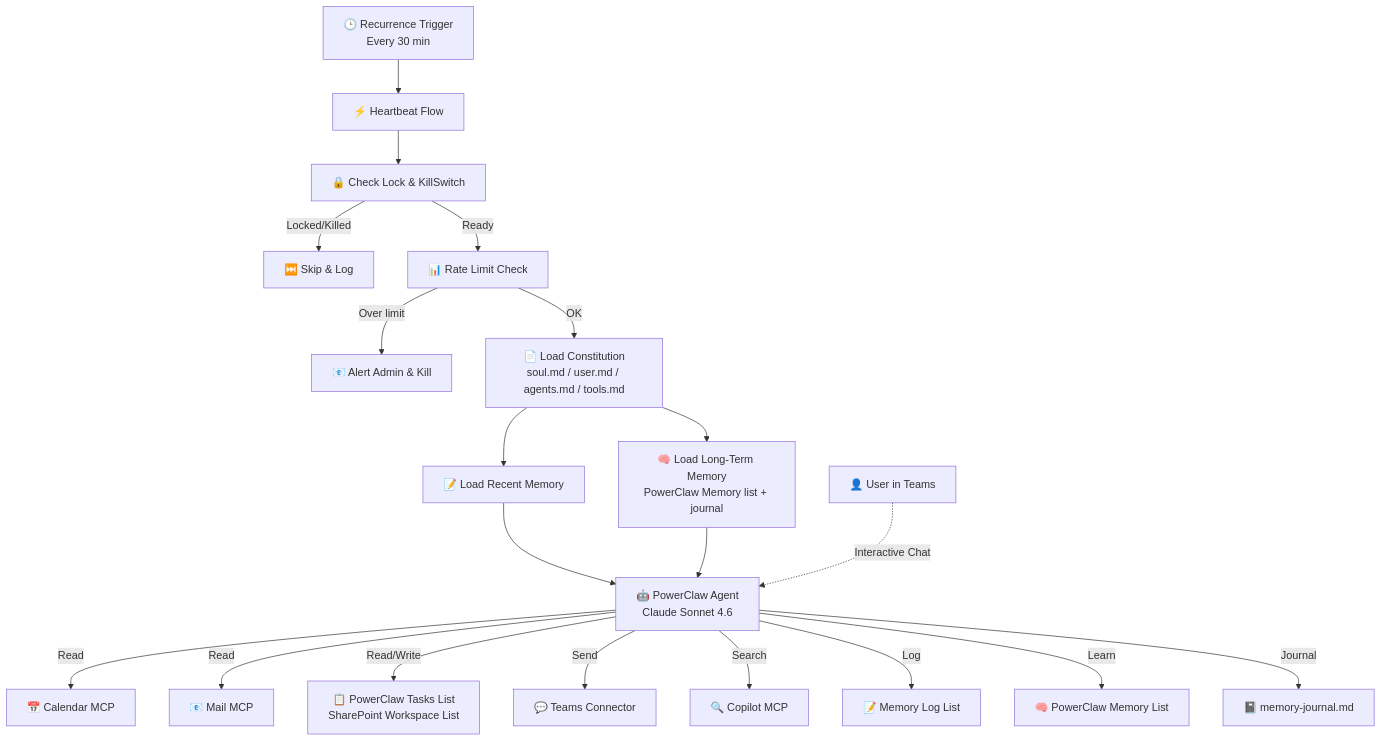
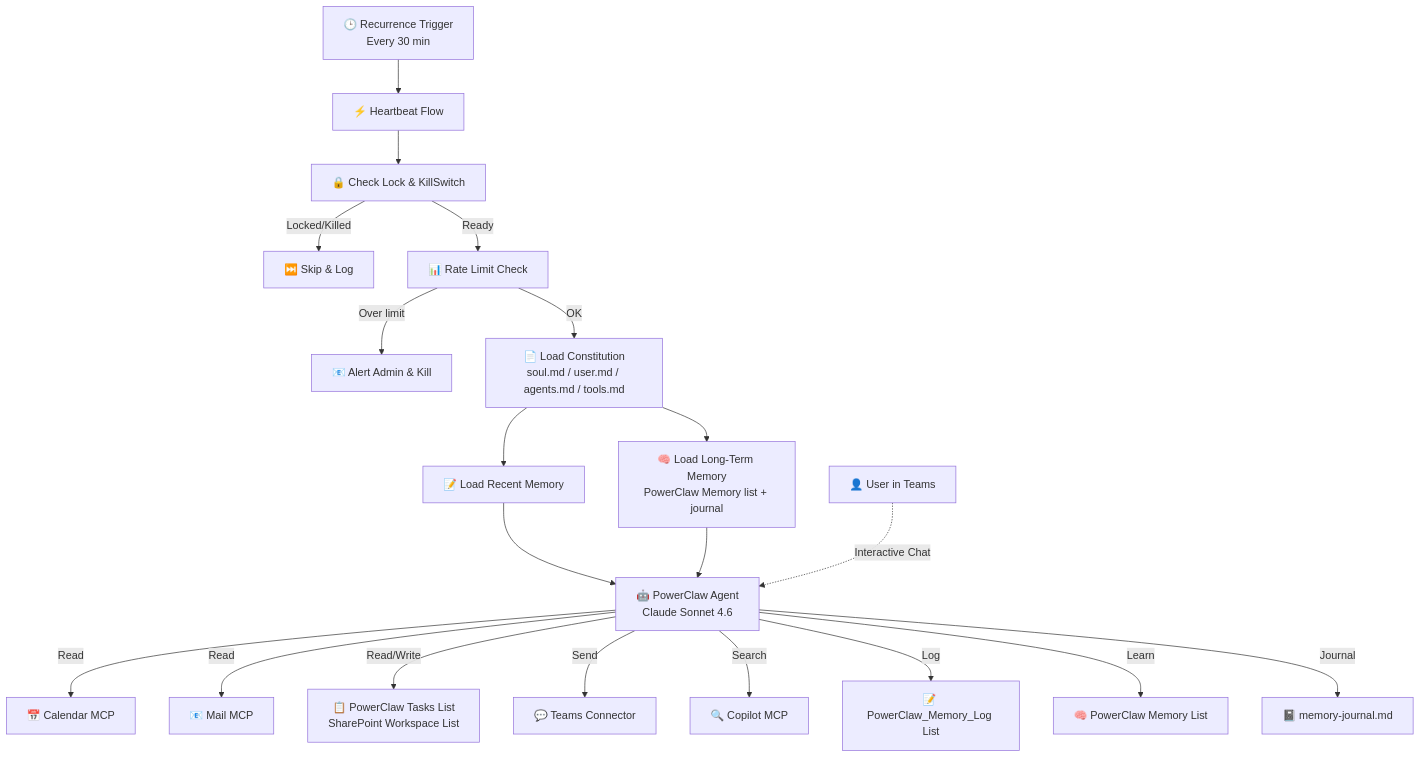
One commit to microsoft/FastTrack changed the diagram in copilot-agent-samples/copilot-studio-agents/ca-PowerClawAgent/SETUP.md. Above: the diagram before and after it, drawn with Mermaid. The commit also changed other lines of this file and 2 other files, not shown here.

First line of the commit message:
fix: align list names with live flows (Settings→PowerClaw_Config, Memory Log→PowerClaw_Memory_Log)

````diff
--- a/copilot-agent-samples/copilot-studio-agents/ca-PowerClawAgent/SETUP.md
+++ b/copilot-agent-samples/copilot-studio-agents/ca-PowerClawAgent/SETUP.md
@@ -218,25 +218,25 @@
 ```mermaid
 graph TD
     Trigger[🕒 Recurrence Trigger<br/>Every 30 min] --> Flow[⚡ Heartbeat Flow]
     Flow --> Lock[🔒 Check Lock & KillSwitch]
     Lock -->|Locked/Killed| Skip[⏭️ Skip & Log]
     Lock -->|Ready| RateLimit[📊 Rate Limit Check]
     RateLimit -->|Over limit| Alert[📧 Alert Admin & Kill]
     RateLimit -->|OK| Context[📄 Load Constitution<br/>soul.md / user.md / agents.md / tools.md]
     Context --> Memory[📝 Load Recent Memory]
     Context --> LTM[🧠 Load Long-Term Memory<br/>PowerClaw Memory list + journal]
     Memory --> Agent[🤖 PowerClaw Agent<br/>Claude Sonnet 4.6]
     LTM --> Agent
     
     Agent -->|Read| Calendar[📅 Calendar MCP]
     Agent -->|Read| Mail[📧 Mail MCP]
     Agent -->|Read/Write| Tasks[📋 PowerClaw Tasks List<br/>SharePoint Workspace List]
     Agent -->|Send| Teams[💬 Teams Connector]
     Agent -->|Search| Copilot[🔍 Copilot MCP]
     
-    Agent -->|Log| MemLog[📝 Memory Log List]
+    Agent -->|Log| MemLog[📝 PowerClaw_Memory_Log List]
     Agent -->|Learn| LTMStore[🧠 PowerClaw Memory List]
     Agent -->|Journal| Journal[📓 memory-journal.md]
     
     User[👤 User in Teams] -.->|Interactive Chat| Agent
 ```
````
